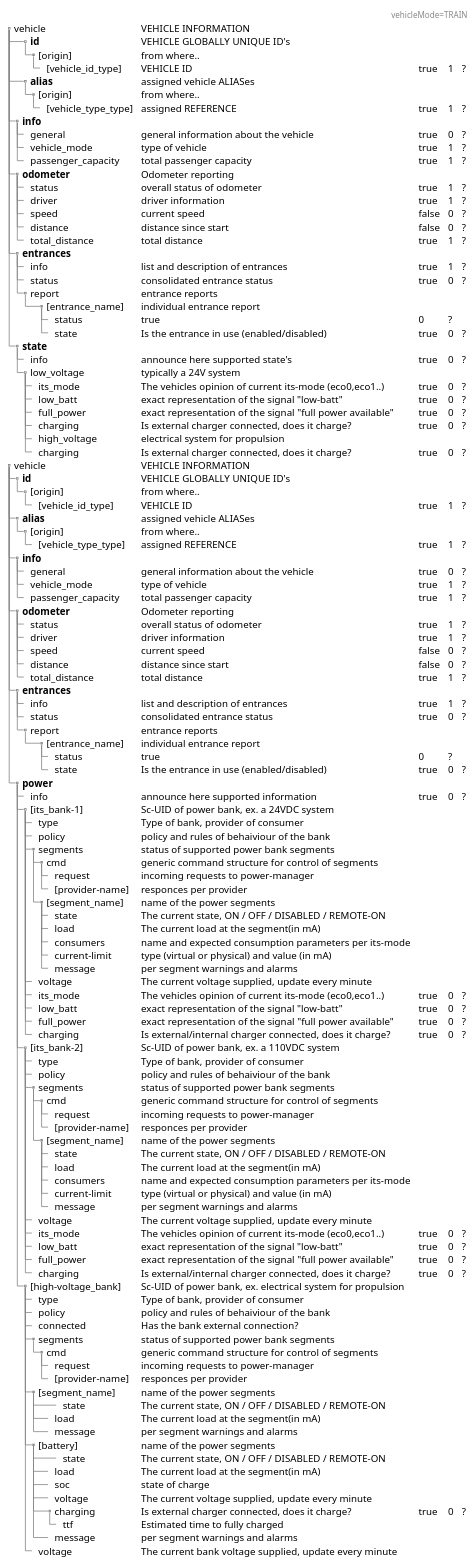
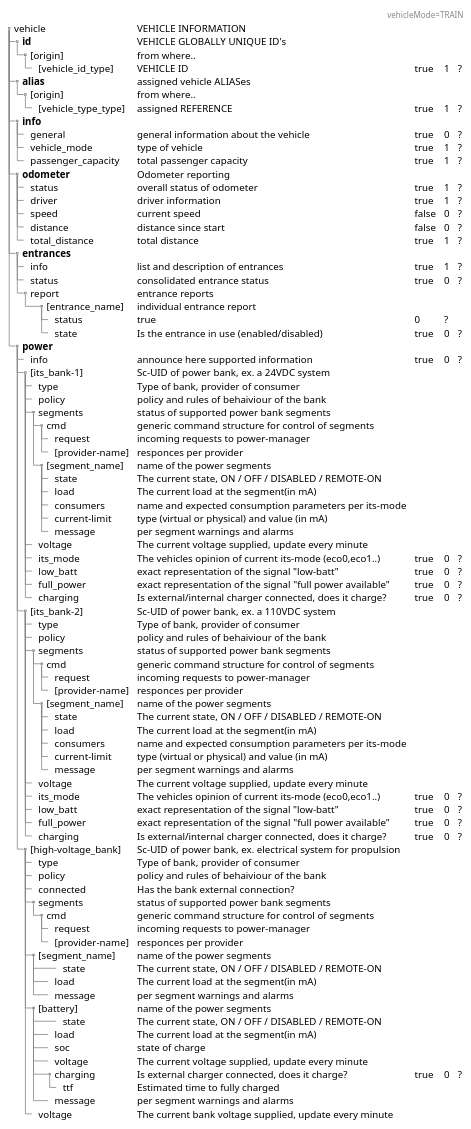
The second of 2 diagrams in puml-linktest/vehicle.puml (ITxPT/schematest), drawn with PlantUML before and after one commit.

```diff
--- a/puml-linktest/vehicle.puml
+++ b/puml-linktest/vehicle.puml
@@ -1,164 +53,123 @@
-@startsalt (id=vehicle)
+@startsalt (id=vehicle-train)
 
-' Status: workdoc, version 0.3
+' Status: workdoc, version 0.1
 {
 {T
 
-header vehicleMode=BUS
-
-++ vehicle | VEHICLE INFORMATION
-++++ **id** | VEHICLE GLOBALLY UNIQUE ID's
-+++++ [origin] | from where..
-++++++ [vehicle_id_type] | VEHICLE ID | true | 1 | ?
-++++ **alias** | assigned vehicle ALIASes
-+++++ [origin] | from where..
-++++++ [vehicle_type_type] | assigned REFERENCE | true | 1 | ?
-
-+++ **info**
-++++ general | general information about the vehicle | true | 0 |?
-++++ vehicle_mode | type of vehicle | true | 1 | ?
-++++ passenger_capacity | total passenger capacity | true | 1 | ?
-
-+++ **odometer** | Odometer reporting
-++++ status | overall status of odometer | true | 1 | ?
-++++ driver | driver information | true | 1 | ?
-++++ speed | current speed | false | 0 | ?
-++++ distance | distance since start | false | 0 | ?
-++++ total_distance | total distance | true | 1 | ?
-
-+++ **entrances**
-++++ info | list and description of entrances | true | 1 | ?
-++++ status | consolidated entrance status | true | 0 | ?
-++++ report | entrance reports
-++++++ [entrance_name] | individual entrance report
-+++++++ status | true | 0 | ?
-+++++++ state | Is the entrance in use (enabled/disabled) | true | 0 | ?
-
-+++ **state**
-++++ info | announce here supported state's | true | 0 | ?
-++++ low_voltage | typically a 24V system
-+++++ its_mode | The vehicles opinion of current its-mode (eco0,eco1..) | true | 0 | ?
-+++++ low_batt | exact representation of the signal "low-batt"  | true | 0 | ?
-+++++ full_power | exact representation of the signal "full power available"  | true | 0 | ?
-+++++ charging | Is external charger connected, does it charge?  | true | 0 | ?
-+++++ high_voltage | electrical system for propulsion
-+++++ charging | Is external charger connected, does it charge?  | true | 0 | ?
 
 header vehicleMode=TRAIN
-
-
 
 ++ vehicle | VEHICLE INFORMATION
 +++ **id** | VEHICLE GLOBALLY UNIQUE ID's
 ++++ [origin] | from where..
 +++++ [vehicle_id_type] | VEHICLE ID | true | 1 | ?
 +++ **alias** | assigned vehicle ALIASes
 ++++ [origin] | from where..
 +++++ [vehicle_type_type] | assigned REFERENCE | true | 1 | ?
 
 +++ **info**
 ++++ general | general information about the vehicle | true | 0 |?
 ++++ vehicle_mode | type of vehicle | true | 1 | ?
 ++++ passenger_capacity | total passenger capacity | true | 1 | ?
 
 +++ **odometer** | Odometer reporting
 ++++ status | overall status of odometer | true | 1 | ?
 ++++ driver | driver information | true | 1 | ?
 ++++ speed | current speed | false | 0 | ?
 ++++ distance | distance since start | false | 0 | ?
 ++++ total_distance | total distance | true | 1 | ?
 
 +++ **entrances**
 ++++ info | list and description of entrances | true | 1 | ?
 ++++ status | consolidated entrance status | true | 0 | ?
 ++++ report | entrance reports
 ++++++ [entrance_name] | individual entrance report
 +++++++ status | true | 0 | ?
 +++++++ state | Is the entrance in use (enabled/disabled) | true | 0 | ?
 
 +++ **power**
 ++++ info | announce here supported information | true | 0 | ?
 
 ' First ITS power bank, of the type consumers, there has to be at least one
 ++++ [its_bank-1] | Sc-UID of power bank, ex. a 24VDC system
 +++++ type | Type of bank, provider of consumer
 +++++ policy | policy and rules of behaiviour of the bank
 +++++ segments | status of supported power bank segments
 ++++++ cmd | generic command structure for control of segments
 +++++++ request | incoming requests to power-manager
 +++++++ [provider-name] | responces per provider
 
 ' Per segment information
 ++++++ [segment_name] | name of the power segments
 +++++++ state | The current state, ON / OFF / DISABLED / REMOTE-ON
 +++++++ load | The current load at the segment(in mA)
 +++++++ consumers | name and expected consumption parameters per its-mode
 +++++++ current-limit | type (virtual or physical) and value (in mA)
 +++++++ message | per segment warnings and alarms
 
 ' The generic its power bank information
 +++++ voltage | The current voltage supplied, update every minute
 +++++ its_mode | The vehicles opinion of current its-mode (eco0,eco1..) | true | 0 | ?
 +++++ low_batt | exact representation of the signal "low-batt"  | true | 0 | ?
 +++++ full_power | exact representation of the signal "full power available"  | true | 0 | ?
 +++++ charging | Is external/internal charger connected, does it charge?  | true | 0 | ?
 
 ' Additional power bank's example
 ++++ [its_bank-2] | Sc-UID of power bank, ex. a 110VDC system
 +++++ type | Type of bank, provider of consumer
 +++++ policy | policy and rules of behaiviour of the bank
 +++++ segments | status of supported power bank segments
 ++++++ cmd | generic command structure for control of segments
 +++++++ request | incoming requests to power-manager
 +++++++ [provider-name] | responces per provider
 
 ' Per segment information
 ++++++ [segment_name] | name of the power segments
 +++++++ state | The current state, ON / OFF / DISABLED / REMOTE-ON
 +++++++ load | The current load at the segment(in mA)
 +++++++ consumers | name and expected consumption parameters per its-mode
 +++++++ current-limit | type (virtual or physical) and value (in mA)
 +++++++ message | per segment warnings and alarms
 
 ' The generic its power bank information
 +++++ voltage | The current voltage supplied, update every minute
 +++++ its_mode | The vehicles opinion of current its-mode (eco0,eco1..) | true | 0 | ?
 +++++ low_batt | exact representation of the signal "low-batt"  | true | 0 | ?
 +++++ full_power | exact representation of the signal "full power available"  | true | 0 | ?
 +++++ charging | Is external/internal charger connected, does it charge?  | true | 0 | ?
 
 
 ++++ [high-voltage_bank] | Sc-UID of power bank, ex. electrical system for propulsion
 +++++ type | Type of bank, provider of consumer
 +++++ policy | policy and rules of behaiviour of the bank
 +++++ connected | Has the bank external connection?
 +++++ segments | status of supported power bank segments
 ++++++ cmd | generic command structure for control of segments
 +++++++ request | incoming requests to power-manager
 +++++++ [provider-name] | responces per provider
 
 ' Per segment information
 +++++ [segment_name] | name of the power segments
 ++++++++ state | The current state, ON / OFF / DISABLED / REMOTE-ON
 +++++++ load | The current load at the segment(in mA)
 +++++++ message | per segment warnings and alarms
 
 ' Per segment information
 +++++ [battery] | name of the power segments
 ++++++++ state | The current state, ON / OFF / DISABLED / REMOTE-ON
 +++++++ load | The current load at the segment(in mA)
 +++++++ soc | state of charge
 +++++++ voltage | The current voltage supplied, update every minute
 +++++++ charging | Is external charger connected, does it charge?  | true | 0 | ?
 ++++++++ ttf | Estimated time to fully charged
 +++++++ message | per segment warnings and alarms
 
 +++++ voltage | The current bank voltage supplied, update every minute
 
 
 
 
 
 }
 }
 @endsalt
```
